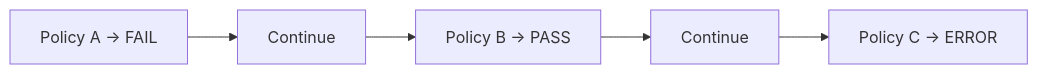
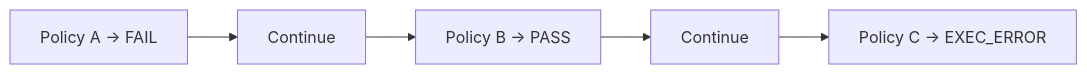
Before and after one commit to qpointz/objs: the second of 4 diagrams in docs/design/policy/results.md, drawn with Mermaid. The commit also changed other lines of this file and 5 other files, not shown here.

````diff
--- a/docs/design/policy/results.md
+++ b/docs/design/policy/results.md
@@ -49,9 +49,9 @@
 ```mermaid
 flowchart LR
   P1[Policy A → FAIL]
   P2[Policy B → PASS]
-  P3[Policy C → ERROR]
+  P3[Policy C → EXEC_ERROR]
   P1 --> Cont[Continue]
   Cont --> P2 --> Cont2[Continue]
   Cont2 --> P3
 ```
````
